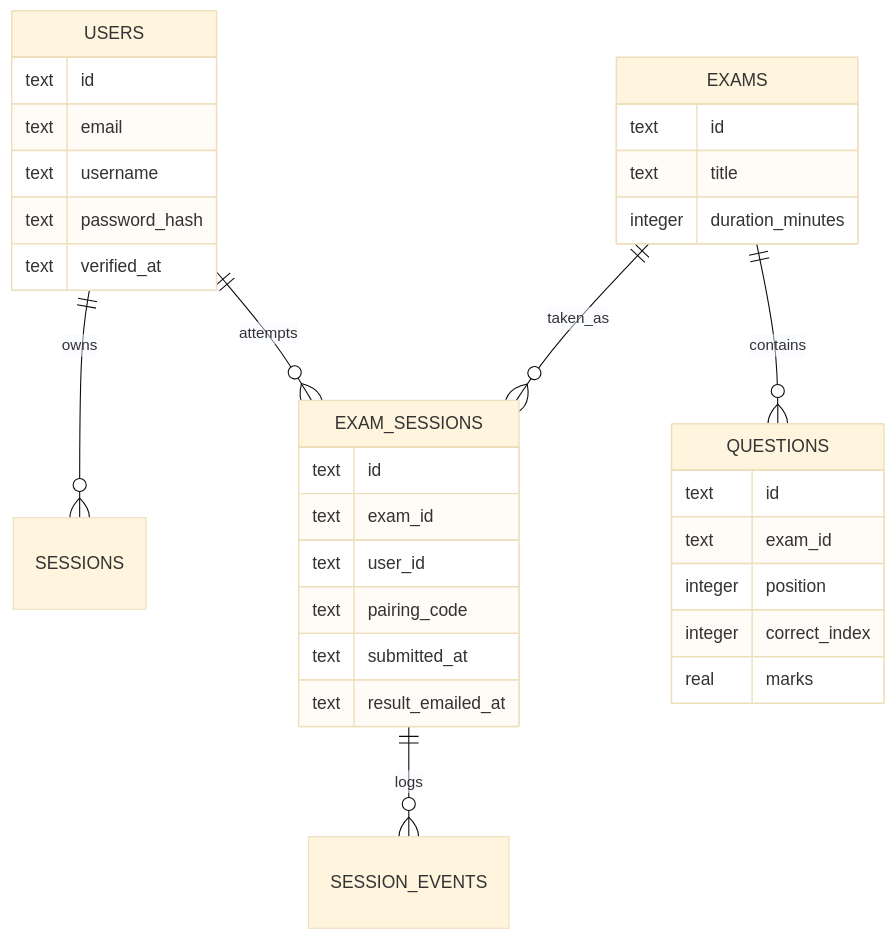
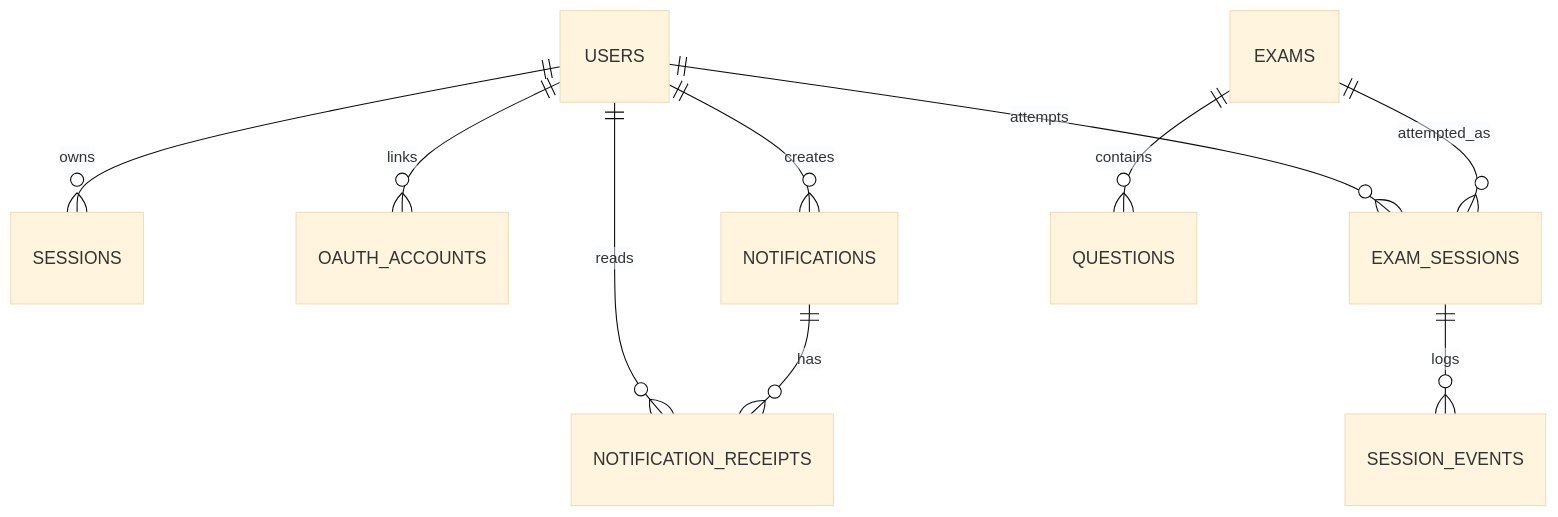
The diagram in Agents/database.md (arijitcrossline-hue/crossline-csca-practice-client), drawn with Mermaid (base theme) before and after one commit. The commit also changed other lines of this file and 20 other files, not shown here.

````diff
--- a/Agents/database.md
+++ b/Agents/database.md
@@ -139,39 +7,12 @@
 ```mermaid
 erDiagram
   USERS ||--o{ SESSIONS : owns
+  USERS ||--o{ OAUTH_ACCOUNTS : links
   USERS ||--o{ EXAM_SESSIONS : attempts
+  USERS ||--o{ NOTIFICATION_RECEIPTS : reads
+  USERS ||--o{ NOTIFICATIONS : creates
   EXAMS ||--o{ QUESTIONS : contains
-  EXAMS ||--o{ EXAM_SESSIONS : taken_as
+  EXAMS ||--o{ EXAM_SESSIONS : attempted_as
   EXAM_SESSIONS ||--o{ SESSION_EVENTS : logs
-
-  USERS {
-    text id
-    text email
-    text username
-    text password_hash
-    text verified_at
-  }
-
-  EXAMS {
-    text id
-    text title
-    integer duration_minutes
-  }
-
-  QUESTIONS {
-    text id
-    text exam_id
-    integer position
-    integer correct_index
-    real marks
-  }
-
-  EXAM_SESSIONS {
-    text id
-    text exam_id
-    text user_id
-    text pairing_code
-    text submitted_at
-    text result_emailed_at
-  }
+  NOTIFICATIONS ||--o{ NOTIFICATION_RECEIPTS : has
 ```
````
